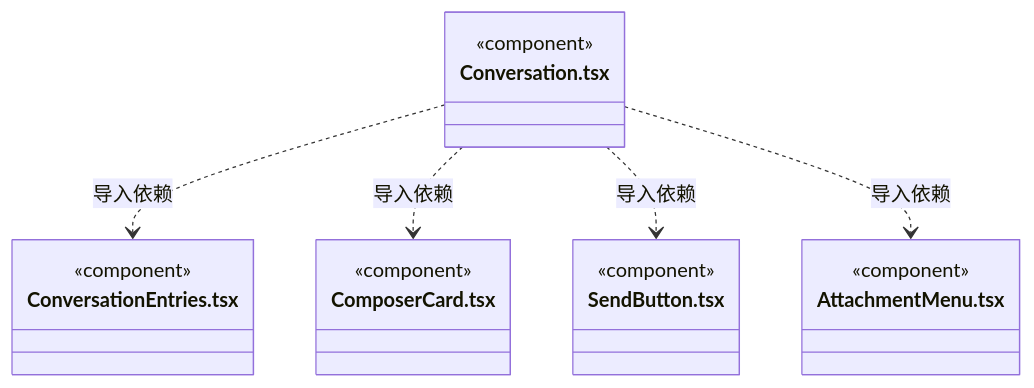
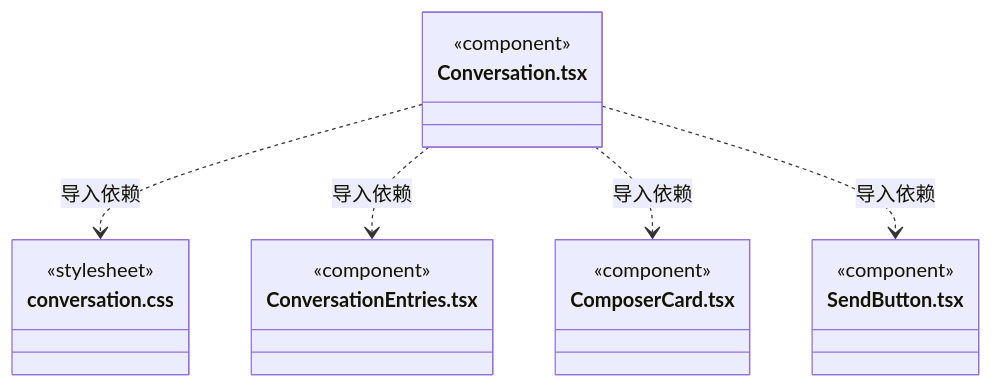
Diagram 52 of 60 in src/frontend/conversation/ARCHITECTURE.md (nan023062/cbim), drawn with Mermaid before and after one commit. The commit also changed other lines of this file and 22 other files, not shown here.

````diff
--- a/src/frontend/conversation/ARCHITECTURE.md
+++ b/src/frontend/conversation/ARCHITECTURE.md
@@ -704,22 +768,22 @@
 ```mermaid
 classDiagram
 class N_src_frontend_conversation_Conversation_tsx["Conversation.tsx"] {
   <<component>>
+}
+class N_src_frontend_conversation_conversation_css["conversation.css"] {
+  <<stylesheet>>
 }
 class N_src_frontend_conversation_ConversationEntries_tsx["ConversationEntries.tsx"] {
   <<component>>
 }
 class N_src_frontend_conversation_ComposerCard_tsx["ComposerCard.tsx"] {
   <<component>>
 }
 class N_src_frontend_conversation_SendButton_tsx["SendButton.tsx"] {
   <<component>>
 }
-class N_src_frontend_conversation_AttachmentMenu_tsx["AttachmentMenu.tsx"] {
-  <<component>>
-}
+N_src_frontend_conversation_Conversation_tsx ..> N_src_frontend_conversation_conversation_css : 导入依赖
 N_src_frontend_conversation_Conversation_tsx ..> N_src_frontend_conversation_ConversationEntries_tsx : 导入依赖
 N_src_frontend_conversation_Conversation_tsx ..> N_src_frontend_conversation_ComposerCard_tsx : 导入依赖
 N_src_frontend_conversation_Conversation_tsx ..> N_src_frontend_conversation_SendButton_tsx : 导入依赖
-N_src_frontend_conversation_Conversation_tsx ..> N_src_frontend_conversation_AttachmentMenu_tsx : 导入依赖
 ```
````
